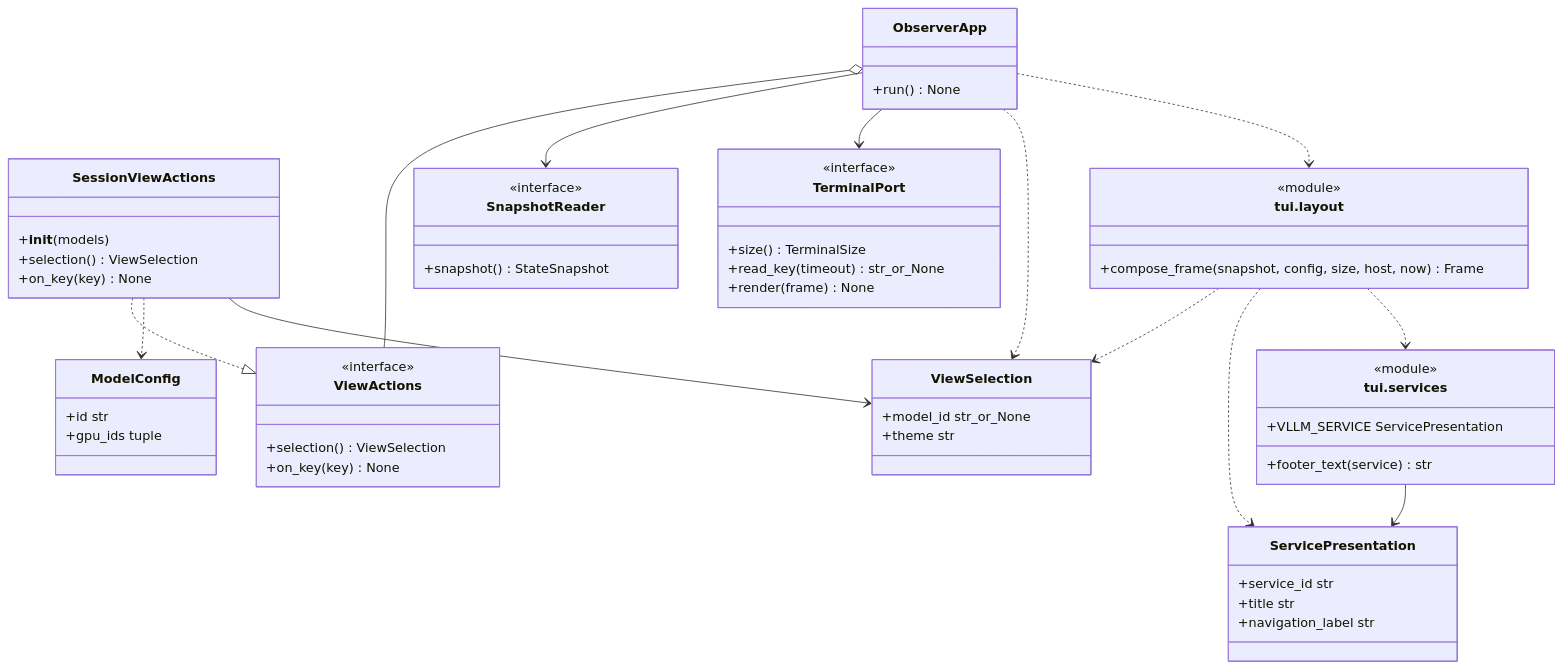
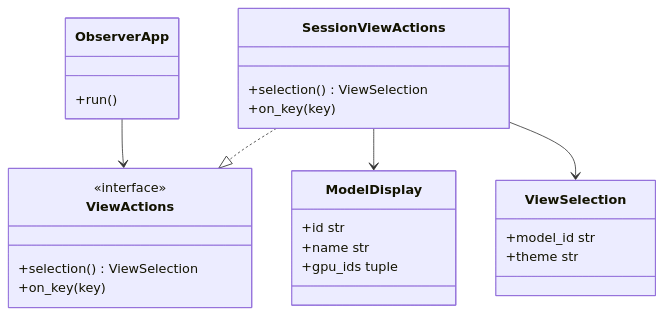
Before and after one commit to shawnluxyRE/joi-observer: the first of 2 diagrams in docs/design/navigation.md, drawn with Mermaid. The commit also changed other lines of this file and 110 other files, not shown here.

First line of the commit message:
<feat> Run host collection as a service and stream snapshots to the TUI (REQ-001)

````diff
--- a/docs/design/navigation.md
+++ b/docs/design/navigation.md
@@ -27,60 +43,28 @@
 ```mermaid
 classDiagram
-    class ModelConfig {
+    class ViewActions {
+        <<interface>>
+        +selection() ViewSelection
+        +on_key(key)
+    }
+    class SessionViewActions {
+        +selection() ViewSelection
+        +on_key(key)
+    }
+    class ModelDisplay {
         +id str
+        +name str
         +gpu_ids tuple
     }
     class ViewSelection {
-        +model_id str_or_None
+        +model_id str
         +theme str
     }
-    class ViewActions {
-        <<interface>>
-        +selection() ViewSelection
-        +on_key(key) None
-    }
-    class SessionViewActions {
-        +__init__(models)
-        +selection() ViewSelection
-        +on_key(key) None
-    }
-    class SnapshotReader {
-        <<interface>>
-        +snapshot() StateSnapshot
-    }
-    class TerminalPort {
-        <<interface>>
-        +size() TerminalSize
-        +read_key(timeout) str_or_None
-        +render(frame) None
-    }
     class ObserverApp {
-        +run() None
-    }
-    class ServicePresentation {
-        +service_id str
-        +title str
-        +navigation_label str
-    }
-    class Layout["tui.layout"] {
-        <<module>>
-        +compose_frame(snapshot, config, size, host, now) Frame
-    }
-    class Services["tui.services"] {
-        <<module>>
-        +VLLM_SERVICE ServicePresentation
-        +footer_text(service) str
+        +run()
     }
     SessionViewActions ..|> ViewActions
-    SessionViewActions ..> ModelConfig
+    SessionViewActions --> ModelDisplay
     SessionViewActions --> ViewSelection
-    ObserverApp o-- ViewActions
-    ObserverApp --> SnapshotReader
-    ObserverApp --> TerminalPort
-    ObserverApp ..> ViewSelection
-    ObserverApp ..> Layout
-    Layout ..> ViewSelection
-    Layout ..> ServicePresentation
-    Layout ..> Services
-    Services --> ServicePresentation
+    ObserverApp --> ViewActions
 ```
````
